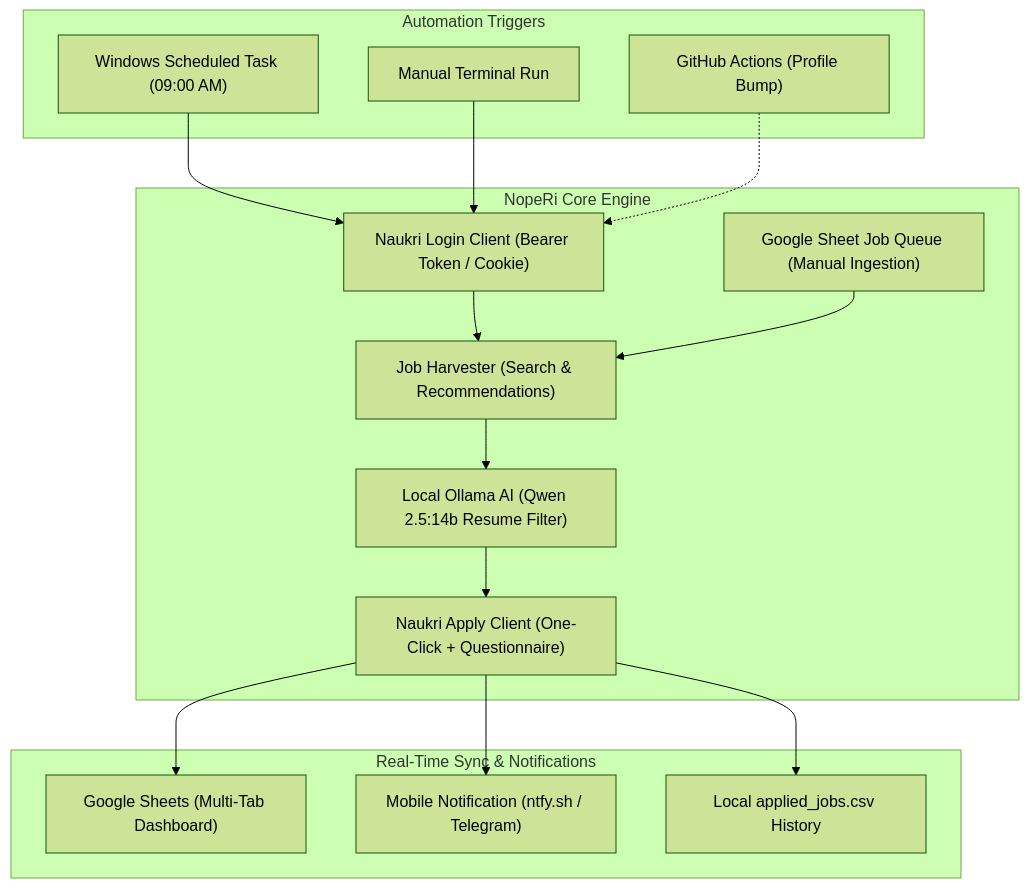
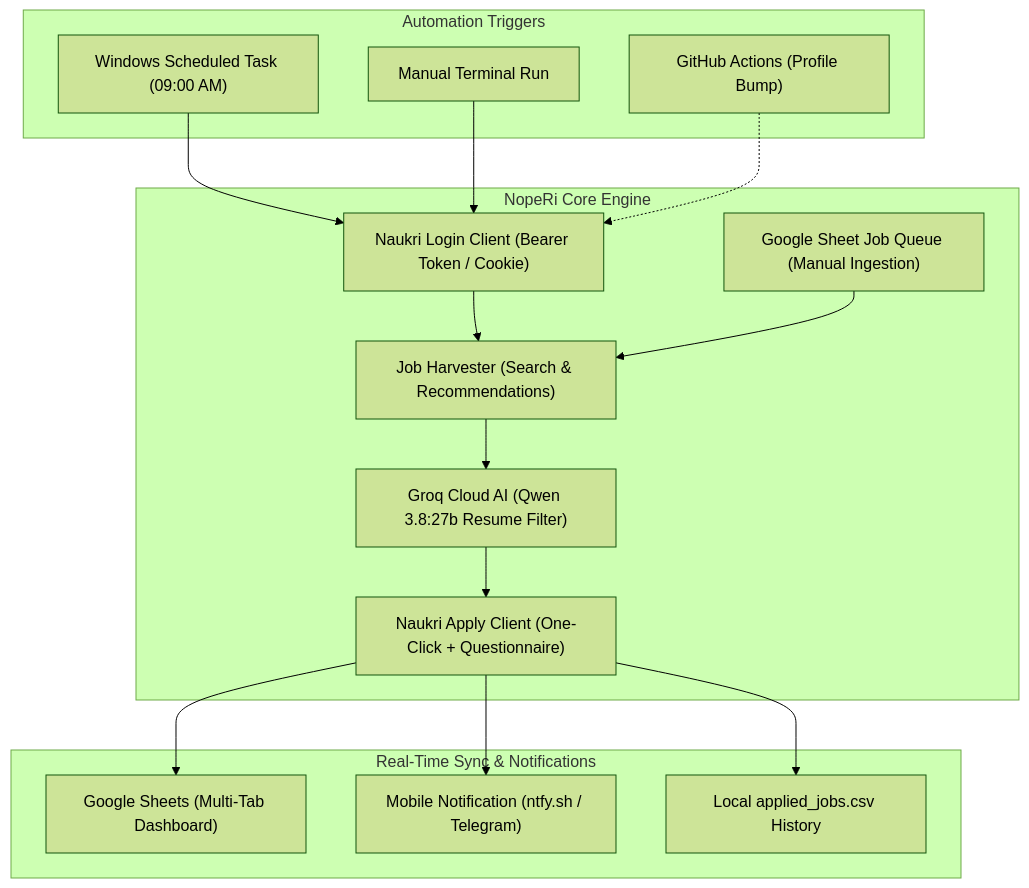
Before and after one commit to adhi2k/Naukri-automation: the diagram in README.md, drawn with Mermaid (forest theme). The commit also changed other lines of this file and 7 other files, not shown here.

Commit message:
Remove Ollama module and migrate completely to Groq Cloud AI

````diff
--- a/README.md
+++ b/README.md
@@ -35,33 +35,33 @@
 ```mermaid
 graph TD
     subgraph Trigger ["Automation Triggers"]
         A1["Windows Scheduled Task (09:00 AM)"]
         A2["Manual Terminal Run"]
         A3["GitHub Actions (Profile Bump)"]
     end
 
     subgraph Core ["NopeRi Core Engine"]
         B["Naukri Login Client (Bearer Token / Cookie)"]
         C["Job Harvester (Search & Recommendations)"]
         D["Google Sheet Job Queue (Manual Ingestion)"]
-        E["Local Ollama AI (Qwen 2.5:14b Resume Filter)"]
+        E["Groq Cloud AI (Qwen 3.8:27b Resume Filter)"]
         F["Naukri Apply Client (One-Click + Questionnaire)"]
     end
 
     subgraph Outputs ["Real-Time Sync & Notifications"]
         G["Google Sheets (Multi-Tab Dashboard)"]
         H["Mobile Notification (ntfy.sh / Telegram)"]
         I["Local applied_jobs.csv History"]
     end
 
     A1 --> B
     A2 --> B
     A3 -.-> B
     B --> C
     D --> C
     C --> E
     E --> F
     F --> G
     F --> H
     F --> I
 ```
````
